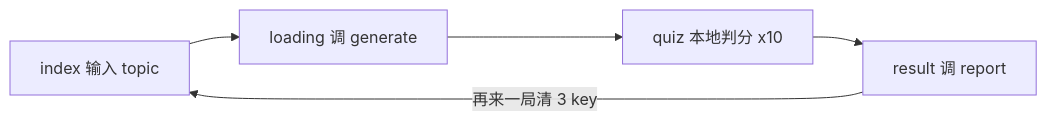
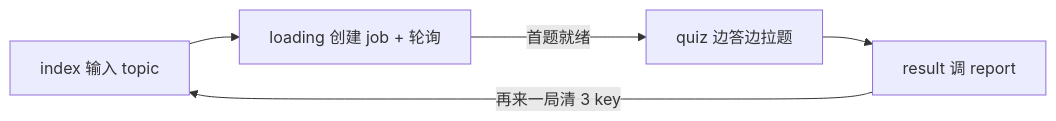
Before and after one commit to xsl-7sx/AI-Learn: the first of 2 diagrams in docs/MVP开发实施指南.md, drawn with Mermaid. The commit also changed other lines of this file and 23 other files, not shown here.

````diff
--- a/docs/MVP开发实施指南.md
+++ b/docs/MVP开发实施指南.md
@@ -30,7 +30,7 @@
 ```mermaid
 flowchart LR
-    index["index 输入 topic"] --> loading["loading 调 generate"]
-    loading --> quiz["quiz 本地判分 x10"]
+    index["index 输入 topic"] --> loading["loading 创建 job + 轮询"]
+    loading -->|"首题就绪"| quiz["quiz 边答边拉题"]
     quiz --> result["result 调 report"]
     result -->|"再来一局清 3 key"| index
 ```
````
